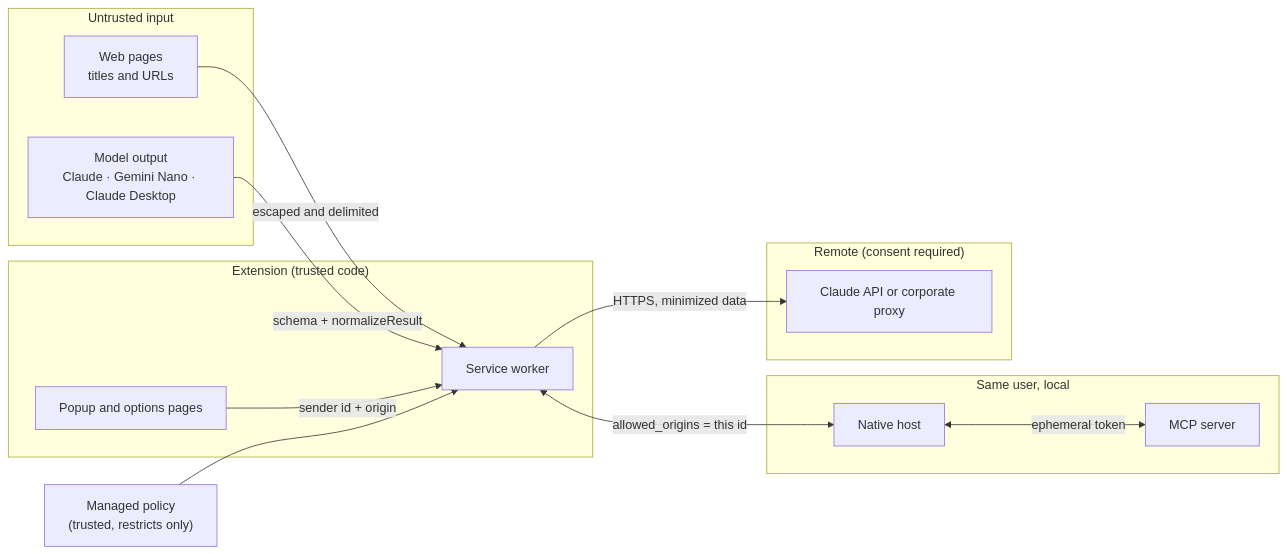
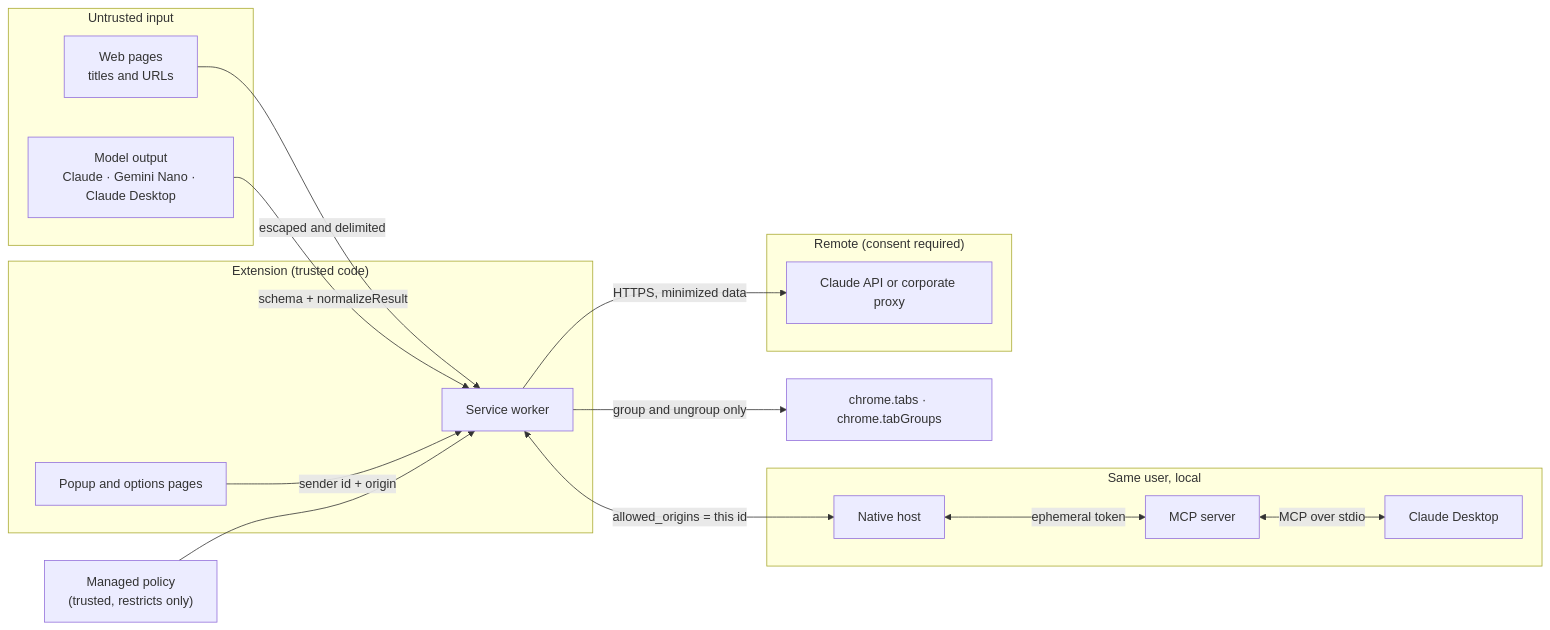
Before and after one commit to andreshma/ai-tab-grouper: diagram 12 of 12 in docs/DIAGRAMS.md, drawn with Mermaid. The commit also changed other lines of this file and 63 other files, not shown here.

````diff
--- a/docs/DIAGRAMS.md
+++ b/docs/DIAGRAMS.md
@@ -129,27 +395,31 @@
 ```mermaid
 flowchart LR
     subgraph untrusted["Untrusted input"]
         pages["Web pages<br/>titles and URLs"]
         model["Model output<br/>Claude · Gemini Nano · Claude Desktop"]
     end
     subgraph trusted["Extension (trusted code)"]
         sw["Service worker"]
         own["Popup and options pages"]
     end
     subgraph local["Same user, local"]
         host["Native host"]
         mcp["MCP server"]
+        desktop["Claude Desktop"]
     end
     subgraph remote["Remote (consent required)"]
         api["Claude API or corporate proxy"]
     end
     policy["Managed policy<br/>(trusted, restricts only)"]
+    tabs["chrome.tabs · chrome.tabGroups"]
 
     pages -- "escaped and delimited" --> sw
     model -- "schema + normalizeResult" --> sw
     own -- "sender id + origin" --> sw
     policy --> sw
     sw -- "HTTPS, minimized data" --> api
     sw <-- "allowed_origins = this id" --> host
     host <-- "ephemeral token" --> mcp
+    mcp <-- "MCP over stdio" --> desktop
+    sw -- "group and ungroup only" --> tabs
 ```
````
